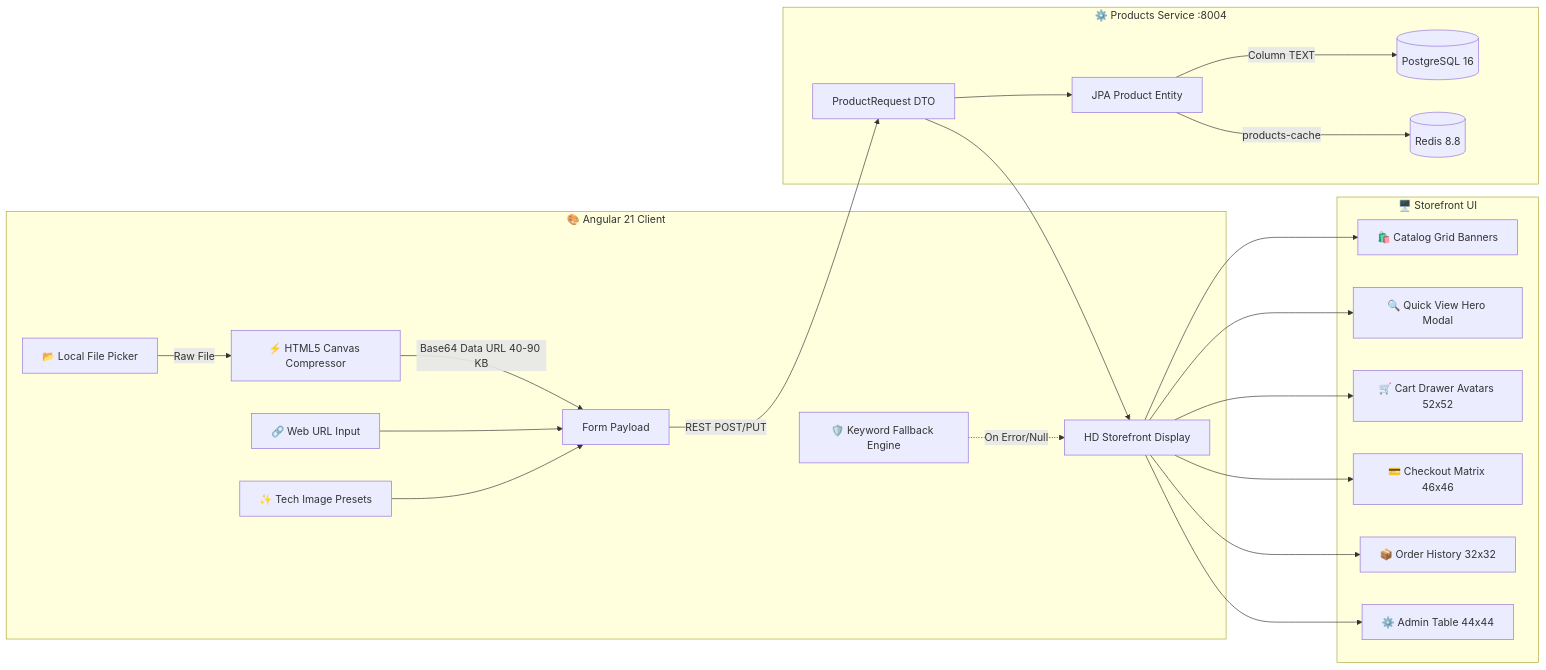
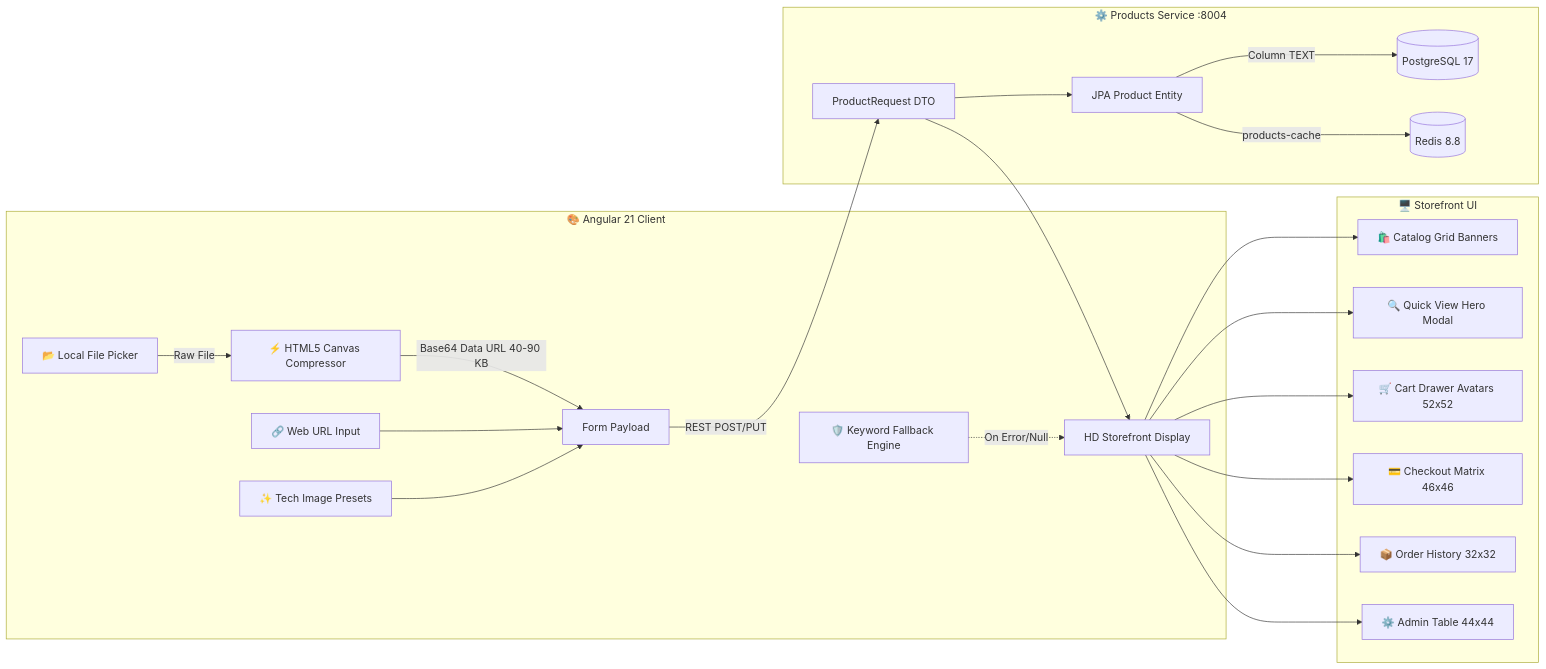
One commit to GeorgeGxx/microservices-architecture changed the sixth of 8 diagrams in README.md. Above: the diagram before and after it, drawn with Mermaid. The commit also changed other lines of this file and 11 other files, not shown here.

Commit message:
PostgreSQL Upgrade to 17

````diff
--- a/README.md
+++ b/README.md
@@ -1656,27 +1660,27 @@
 ```mermaid
 flowchart LR
     subgraph Client["🎨 Angular 21 Client"]
         A[📂 Local File Picker] -->|Raw File| B[⚡ HTML5 Canvas Compressor]
         B -->|Base64 Data URL 40-90 KB| C[Form Payload]
         D[🔗 Web URL Input] --> C
         E[✨ Tech Image Presets] --> C
         F[🛡️ Keyword Fallback Engine] -.->|On Error/Null| G[HD Storefront Display]
     end
 
     subgraph Backend["⚙️ Products Service :8004"]
         C -->|REST POST/PUT| H[ProductRequest DTO]
         H --> I[JPA Product Entity]
-        I -->|Column TEXT| J[(PostgreSQL 16)]
+        I -->|Column TEXT| J[(PostgreSQL 17)]
         I -->|products-cache| K[(Redis 8.8)]
     end
 
     subgraph Views["🖥️ Storefront UI"]
         H --> G
         G --> V1[🛍️ Catalog Grid Banners]
         G --> V2[🔍 Quick View Hero Modal]
         G --> V3[🛒 Cart Drawer Avatars 52x52]
         G --> V4[💳 Checkout Matrix 46x46]
         G --> V5[📦 Order History 32x32]
         G --> V6[⚙️ Admin Table 44x44]
     end
 ```
````
